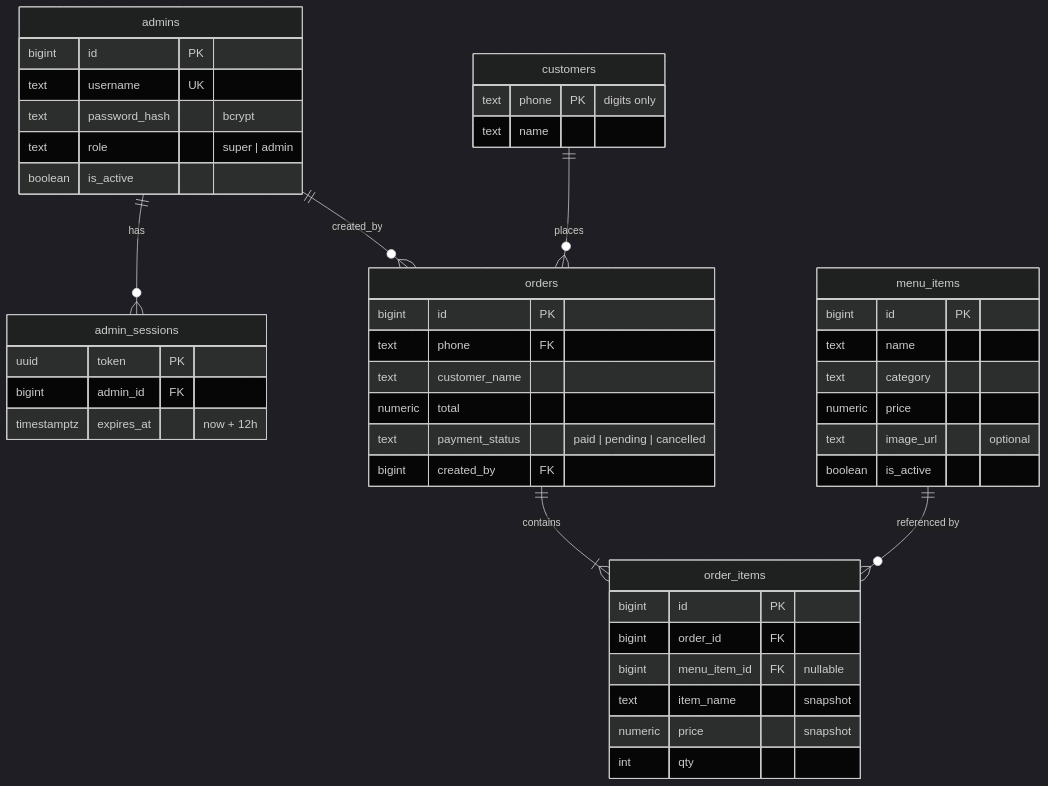
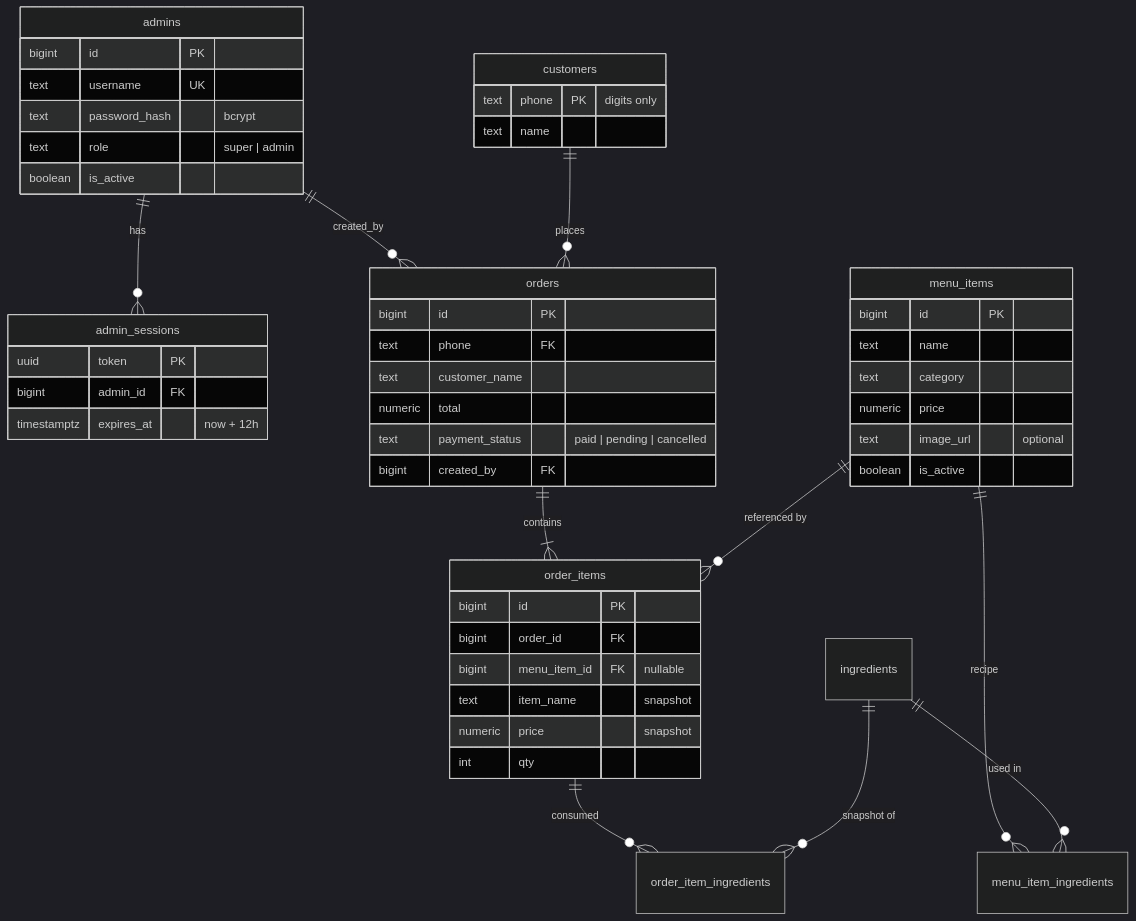
Before and after one commit to ogfoods/pos: the second of 4 diagrams in docs/ARCHITECTURE.md, drawn with Mermaid (dark theme). The commit also changed other lines of this file and 11 other files, not shown here.

First line of the commit message:
Add ingredients and per-menu-item recipes

````diff
--- a/docs/ARCHITECTURE.md
+++ b/docs/ARCHITECTURE.md
@@ -72,49 +73,53 @@
 ```mermaid
 erDiagram
     admins ||--o{ admin_sessions : has
     admins ||--o{ orders : "created_by"
     customers ||--o{ orders : places
     orders ||--|{ order_items : contains
     menu_items ||--o{ order_items : "referenced by"
+    menu_items ||--o{ menu_item_ingredients : recipe
+    ingredients ||--o{ menu_item_ingredients : "used in"
+    order_items ||--o{ order_item_ingredients : consumed
+    ingredients ||--o{ order_item_ingredients : "snapshot of"
 
     admins {
         bigint id PK
         text username UK
         text password_hash "bcrypt"
         text role "super | admin"
         boolean is_active
     }
     admin_sessions {
         uuid token PK
         bigint admin_id FK
         timestamptz expires_at "now + 12h"
     }
     menu_items {
         bigint id PK
         text name
         text category
         numeric price
         text image_url "optional"
         boolean is_active
     }
     customers {
         text phone PK "digits only"
         text name
     }
     orders {
         bigint id PK
         text phone FK
         text customer_name
         numeric total
         text payment_status "paid | pending | cancelled"
         bigint created_by FK
     }
     order_items {
         bigint id PK
         bigint order_id FK
         bigint menu_item_id FK "nullable"
         text item_name "snapshot"
         numeric price "snapshot"
         int qty
     }
 ```
````
